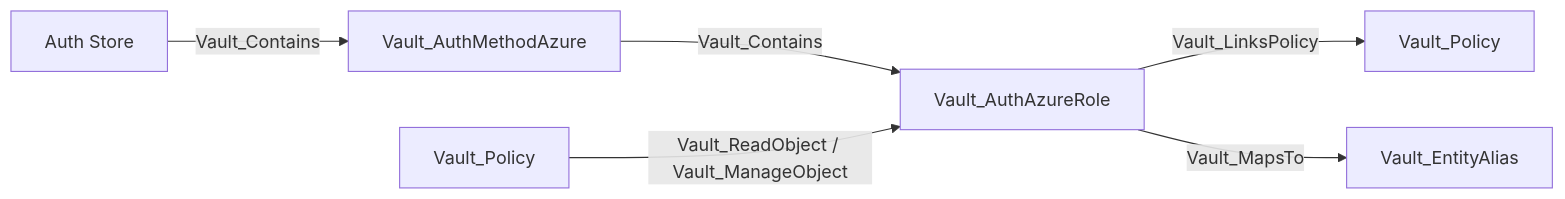
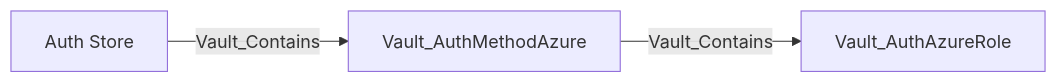
One commit to bytewreck/opengraph-vault changed the ninth of 39 diagrams in Documentation/stores/AUTH.md. Above: the diagram before and after it, drawn with Mermaid. The commit also changed other lines of this file and 3 other files, not shown here.

````diff
--- a/Documentation/stores/AUTH.md
+++ b/Documentation/stores/AUTH.md
@@ -180,8 +169,5 @@
 ```mermaid
 flowchart LR
     store[Auth Store] -->|Vault_Contains| method[Vault_AuthMethodAzure]
     method -->|Vault_Contains| role[Vault_AuthAzureRole]
-    admin[Vault_Policy] -->|Vault_ReadObject / Vault_ManageObject| role
-    role -->|Vault_LinksPolicy| granted[Vault_Policy]
-    role -->|Vault_MapsTo| alias[Vault_EntityAlias]
 ```
````
